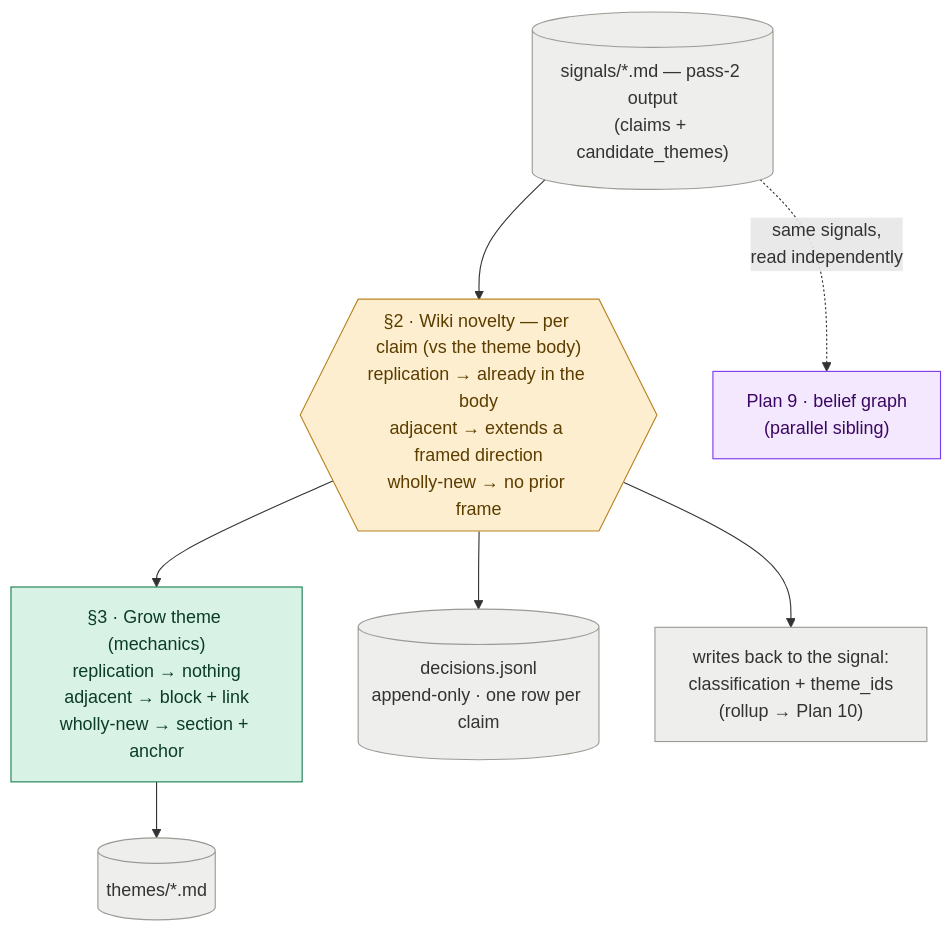
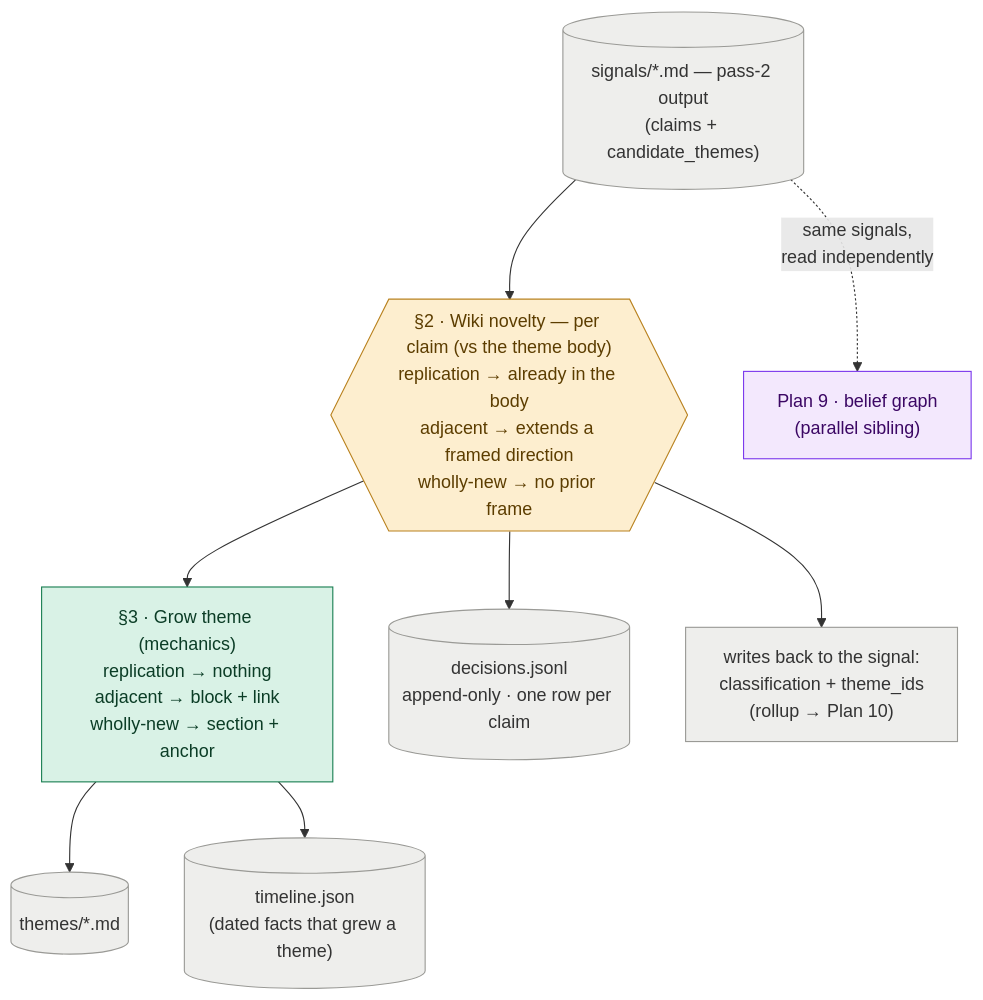
One commit to jmamath/distill changed the diagram in docs/planning/backlog/17_wiki_renderer.md. Above: the diagram before and after it, drawn with Mermaid. The commit also changed other lines of this file and 4 other files, not shown here.

First line of the commit message:
Split Plan 9 into belief graph (Plan 9) and wiki renderer (Plan 17)

````diff
--- a/docs/planning/backlog/17_wiki_renderer.md
+++ b/docs/planning/backlog/17_wiki_renderer.md
@@ -29,19 +31,20 @@
 ```mermaid
 flowchart TB
     sig[("signals/*.md — pass-2 output<br/>(claims + candidate_themes)")]:::data
     novelty{{"§2 · Wiki novelty — per claim (vs the theme body)<br/>replication → already in the body<br/>adjacent → extends a framed direction<br/>wholly-new → no prior frame"}}:::llm
     grow["§3 · Grow theme (mechanics)<br/>replication → nothing<br/>adjacent → block + link<br/>wholly-new → section + anchor"]:::det
     bg["Plan 9 · belief graph<br/>(parallel sibling)"]:::ext
 
     sig --> novelty
     sig -. "same signals,<br/>read independently" .-> bg
     novelty --> grow
     grow --> themes[("themes/*.md")]:::data
+    grow --> tl[("timeline.json<br/>(dated facts that grew a theme)")]:::data
     novelty --> dlog[("decisions.jsonl<br/>append-only · one row per claim")]:::data
     novelty --> stamp["writes back to the signal:<br/>classification + theme_ids<br/>(rollup → Plan 10)"]:::data
 
     classDef llm fill:#fdeecf,stroke:#b9821f,color:#5c3d00;
     classDef det fill:#d9f2e6,stroke:#1a7f52,color:#0b3d26;
     classDef data fill:#eeeeec,stroke:#9a9a96,color:#333333;
     classDef ext fill:#f3e8fd,stroke:#7c3aed,color:#3b0764;
 ```
````
